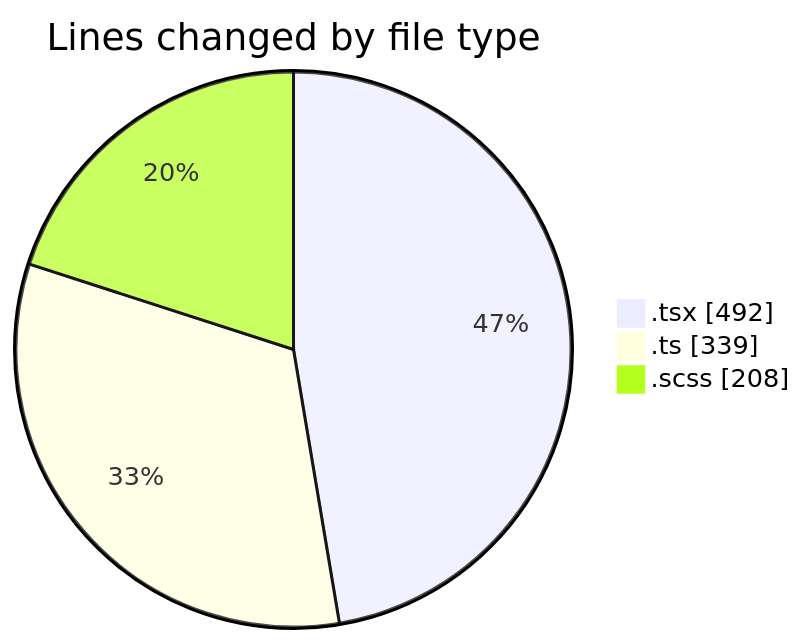
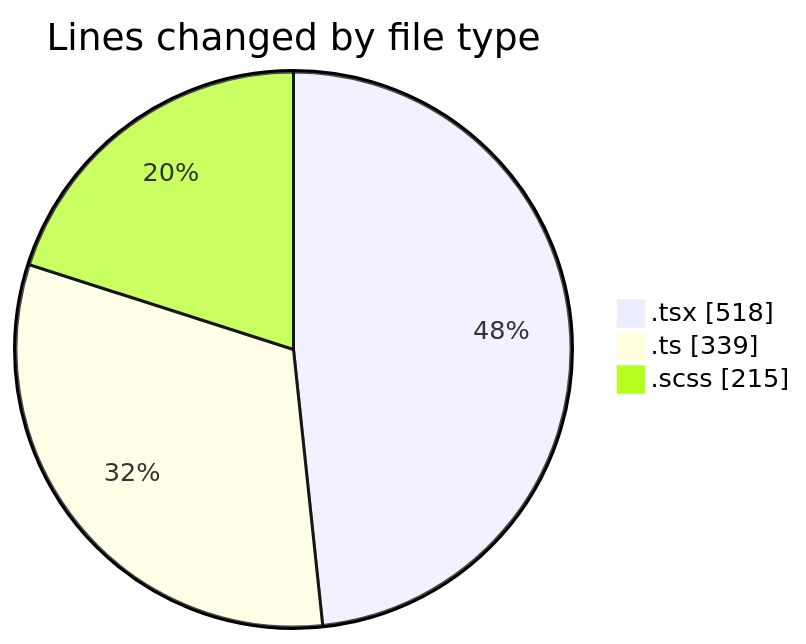
Before and after one commit to momahboobian/code-tracking: the first of 2 diagrams in 2025-07-08/cda/README.md, drawn with Mermaid. The commit also changed other lines of this file and 1 other file, not shown here.

````diff
--- a/2025-07-08/cda/README.md
+++ b/2025-07-08/cda/README.md
@@ -28,7 +29,7 @@
 ```mermaid
 pie showData
 title Lines changed by file type
-".tsx" : 492
+".tsx" : 518
 ".ts" : 339
-".scss" : 208
+".scss" : 215
 ```
````
